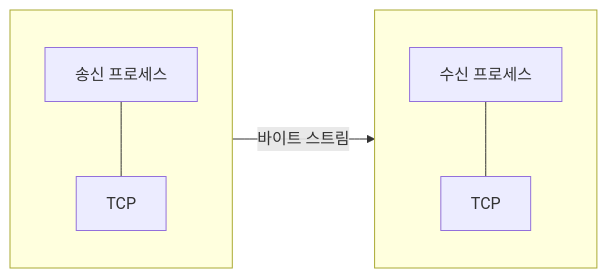
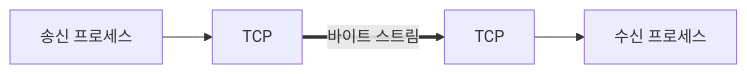
Before and after one commit to Choroning/25Spring_Computer-Networks: the first of 27 diagrams in Lecture-Notes/Ch08_Transmission-Control-Protocol/Concepts_Lecture.ko.md, drawn with Mermaid. The commit also changed other lines of this file and 20 other files, not shown here.

````diff
--- a/Lecture-Notes/Ch08_Transmission-Control-Protocol/Concepts_Lecture.ko.md
+++ b/Lecture-Notes/Ch08_Transmission-Control-Protocol/Concepts_Lecture.ko.md
@@ -74,16 +156,6 @@
 ```mermaid
-flowchart LR
-    subgraph SND[" "]
-        direction TB
-        SP["송신 프로세스"]
-        T1["TCP"]
-        SP --- T1
-    end
-    subgraph RCV[" "]
-        direction TB
-        RP["수신 프로세스"]
-        T2["TCP"]
-        RP --- T2
-    end
-    SND -->|"바이트 스트림"| RCV
+graph LR
+    SP["송신 프로세스"] --> T1["TCP"]
+    T1 ==>|"바이트 스트림"| T2["TCP"]
+    T2 --> RP["수신 프로세스"]
 ```
````
